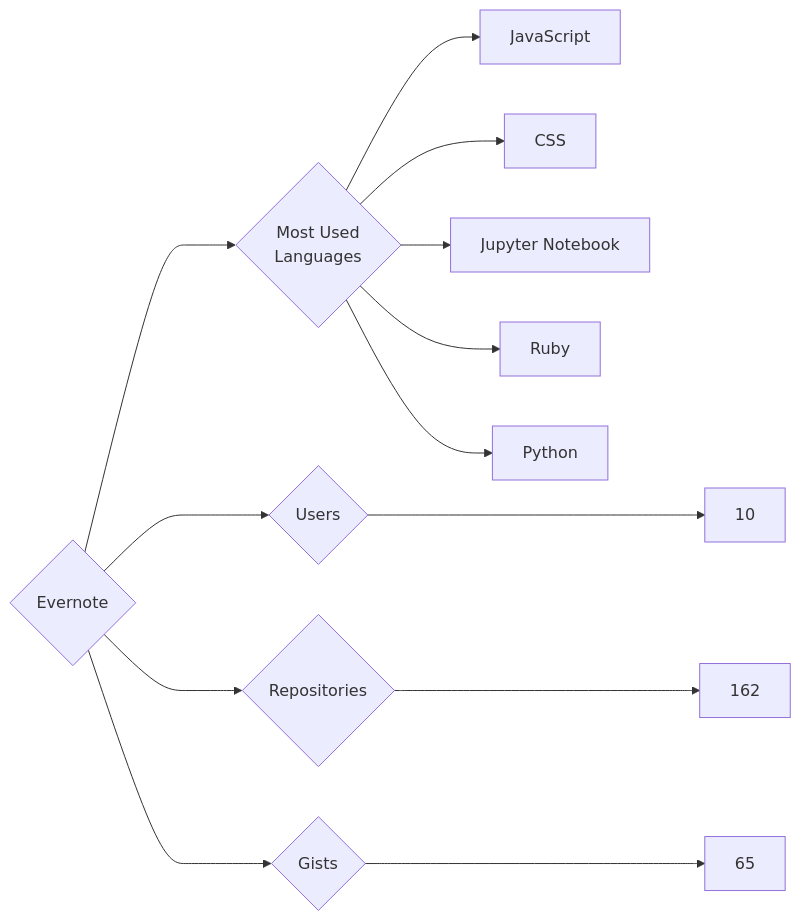
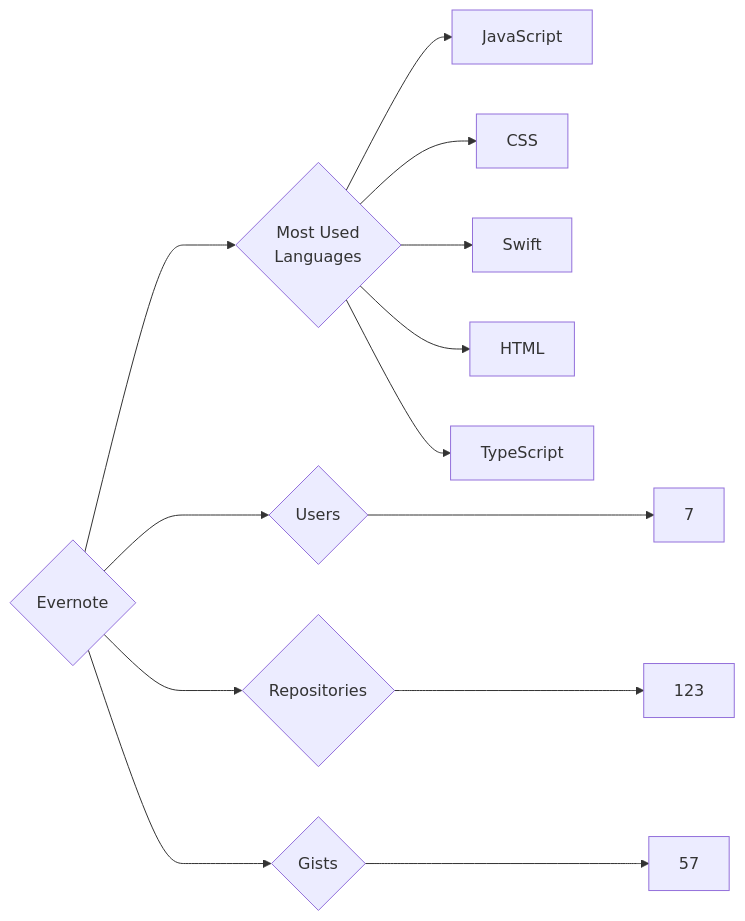
Before and after one commit to trickest/insiders: the diagram in targets/Evernote/README.md, drawn with Mermaid. The commit also changed 1055 other files, not shown here.

````diff
--- a/targets/Evernote/README.md
+++ b/targets/Evernote/README.md
@@ -3,13 +3,13 @@
 ```mermaid
 graph LR
 COMPANY_NAME{Evernote}
-COMPANY_NAME ---> U{Users} ---> UN[10]
-COMPANY_NAME ---> R{Repositories} ---> RN[162]
-COMPANY_NAME ---> G{Gists} ---> GN[65]
+COMPANY_NAME ---> U{Users} ---> UN[7]
+COMPANY_NAME ---> R{Repositories} ---> RN[123]
+COMPANY_NAME ---> G{Gists} ---> GN[57]
 COMPANY_NAME ---> ML{Most Used<br>Languages}
 ML --> JavaScript[JavaScript]
 ML --> CSS[CSS]
-ML --> Jupyter_Notebook[Jupyter Notebook]
-ML --> Ruby[Ruby]
-ML --> Python[Python]
+ML --> Swift[Swift]
+ML --> HTML[HTML]
+ML --> TypeScript[TypeScript]
 ```
````
